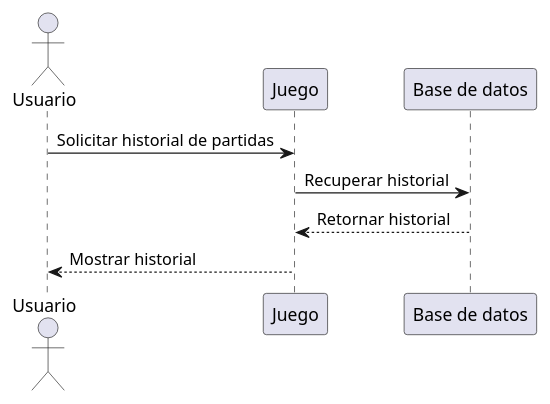
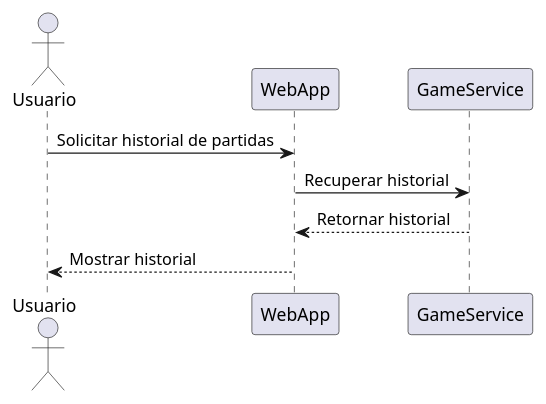
One commit to JavierSanabriaMiranda/wichat_es4a changed the third of 3 diagrams in docs/src/06_runtime_view.adoc. Above: the diagram before and after it, drawn with PlantUML. The commit also changed other lines of this file and 1 other file, not shown here.

```diff
--- a/docs/src/06_runtime_view.adoc
+++ b/docs/src/06_runtime_view.adoc
@@ -83,10 +82,10 @@
 [plantuml,"Game History Sequence",png]
 ----
 actor Usuario
-participant "Juego" as J
-participant "Base de datos" as DB
-Usuario -> J: Solicitar historial de partidas
-J -> DB: Recuperar historial
-DB --> J: Retornar historial
-J --> Usuario: Mostrar historial
+participant "WebApp" as WA
+participant "GameService" as GS
+Usuario -> WA: Solicitar historial de partidas
+WA -> GS: Recuperar historial
+GS --> WA: Retornar historial
+WA --> Usuario: Mostrar historial
 ----
```
